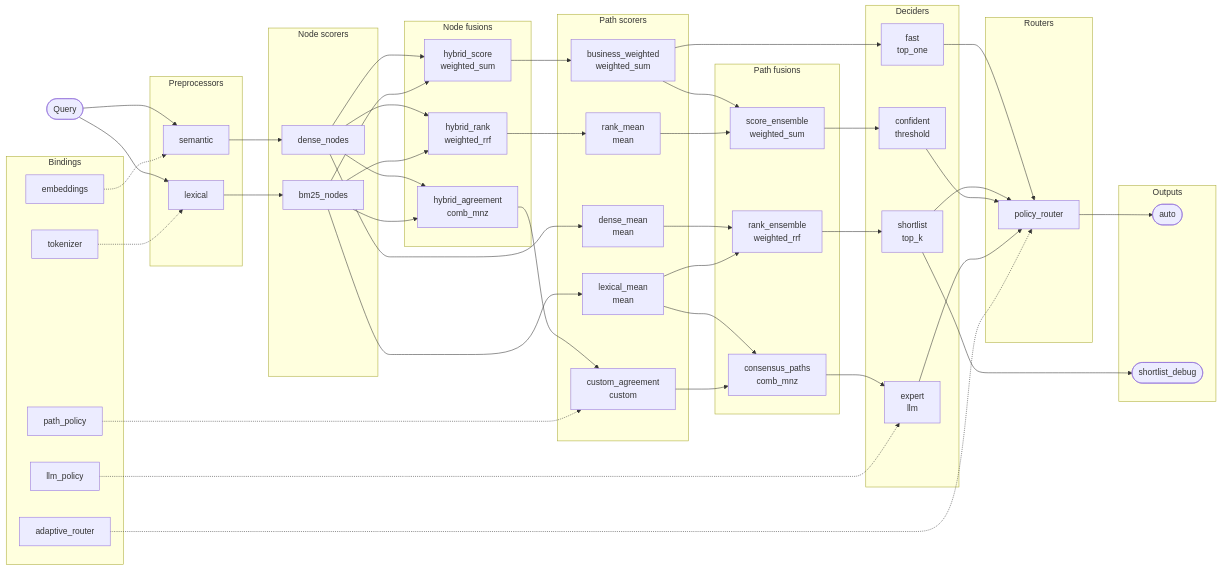
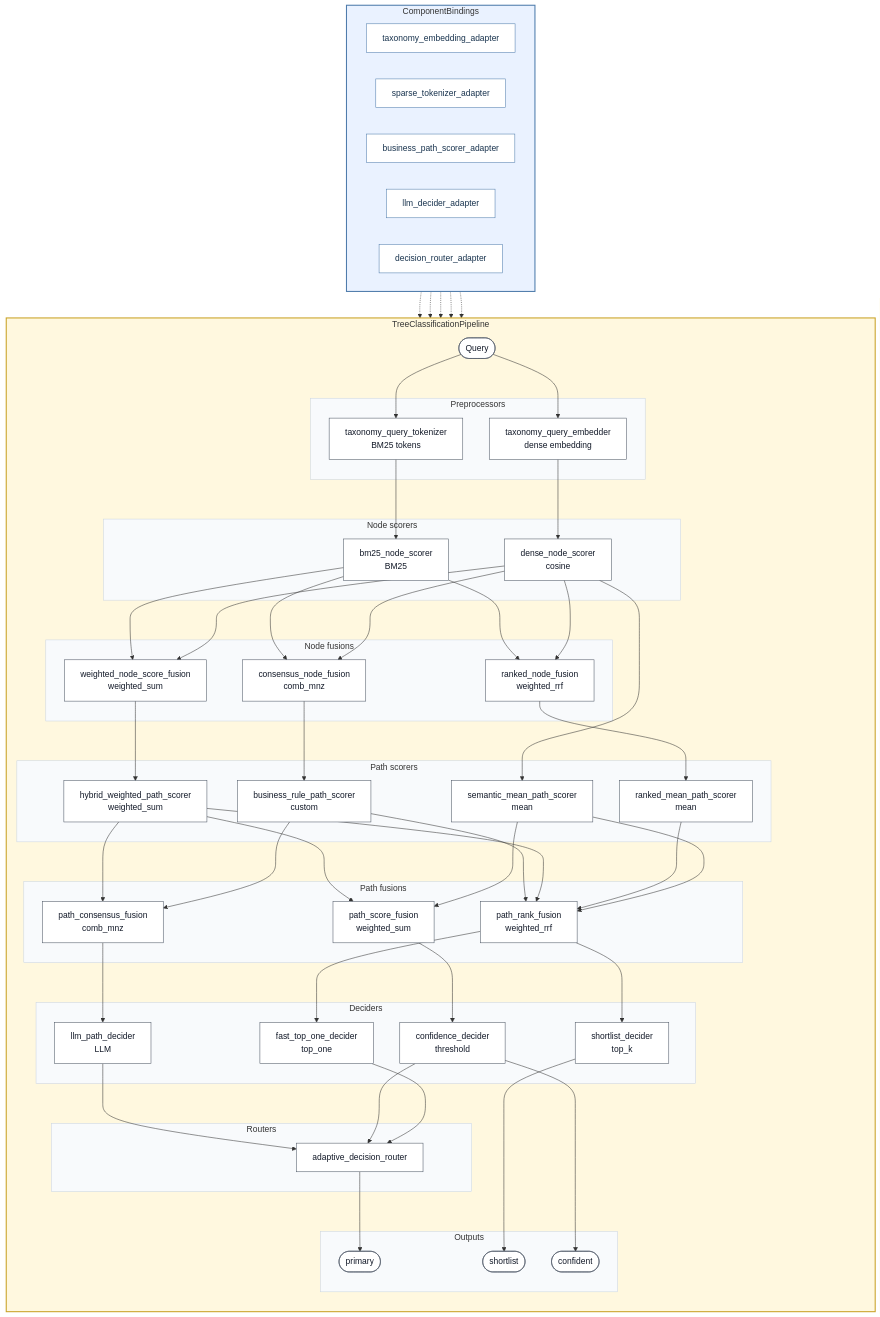
One commit to cristiangofiar/Chunkbuster changed the sixth of 6 diagrams in EXAMPLES.md. Above: the diagram before and after it, drawn with Mermaid. The commit also changed other lines of this file and 12 other files, not shown here.

First line of the commit message:
Add SVG diagram for vector ensemble with LLM and script to render documentation diagrams from YAML examples

````diff
--- a/EXAMPLES.md
+++ b/EXAMPLES.md
@@ -681,93 +824,104 @@
 ```mermaid
-flowchart LR
-    query([Query])
-
-    subgraph preprocessors[Preprocessors]
-        semantic[semantic]
-        lexical[lexical]
+flowchart TB
+    subgraph pipeline["TreeClassificationPipeline"]
+        direction TB
+        query([Query])
+        subgraph preprocessors[Preprocessors]
+            taxonomy_query_embedder["taxonomy_query_embedder<br/>dense embedding"]
+            taxonomy_query_tokenizer["taxonomy_query_tokenizer<br/>BM25 tokens"]
+        end
+        subgraph node_scorers[Node scorers]
+            dense_node_scorer["dense_node_scorer<br/>cosine"]
+            bm25_node_scorer["bm25_node_scorer<br/>BM25"]
+        end
+        subgraph node_fusions[Node fusions]
+            weighted_node_score_fusion["weighted_node_score_fusion<br/>weighted_sum"]
+            ranked_node_fusion["ranked_node_fusion<br/>weighted_rrf"]
+            consensus_node_fusion["consensus_node_fusion<br/>comb_mnz"]
+        end
+        subgraph path_scorers[Path scorers]
+            semantic_mean_path_scorer["semantic_mean_path_scorer<br/>mean"]
+            ranked_mean_path_scorer["ranked_mean_path_scorer<br/>mean"]
+            hybrid_weighted_path_scorer["hybrid_weighted_path_scorer<br/>weighted_sum"]
+            business_rule_path_scorer["business_rule_path_scorer<br/>custom"]
+        end
+        subgraph path_fusions[Path fusions]
+            path_rank_fusion["path_rank_fusion<br/>weighted_rrf"]
+            path_score_fusion["path_score_fusion<br/>weighted_sum"]
+            path_consensus_fusion["path_consensus_fusion<br/>comb_mnz"]
+        end
+        subgraph deciders[Deciders]
+            fast_top_one_decider["fast_top_one_decider<br/>top_one"]
+            shortlist_decider["shortlist_decider<br/>top_k"]
+            confidence_decider["confidence_decider<br/>threshold"]
+            llm_path_decider["llm_path_decider<br/>LLM"]
+        end
+        subgraph routers[Routers]
+            adaptive_decision_router[adaptive_decision_router]
+        end
+        subgraph outputs[Outputs]
+            primary([primary])
+            shortlist([shortlist])
+            confident([confident])
+        end
+        query --> taxonomy_query_embedder --> dense_node_scorer
+        query --> taxonomy_query_tokenizer --> bm25_node_scorer
+        dense_node_scorer --> weighted_node_score_fusion
+        bm25_node_scorer --> weighted_node_score_fusion
+        dense_node_scorer --> ranked_node_fusion
+        bm25_node_scorer --> ranked_node_fusion
+        dense_node_scorer --> consensus_node_fusion
+        bm25_node_scorer --> consensus_node_fusion
+        dense_node_scorer --> semantic_mean_path_scorer
+        ranked_node_fusion --> ranked_mean_path_scorer
+        weighted_node_score_fusion --> hybrid_weighted_path_scorer
+        consensus_node_fusion --> business_rule_path_scorer
+        semantic_mean_path_scorer --> path_rank_fusion
+        ranked_mean_path_scorer --> path_rank_fusion
+        hybrid_weighted_path_scorer --> path_rank_fusion
+        business_rule_path_scorer --> path_rank_fusion
+        semantic_mean_path_scorer --> path_score_fusion
+        hybrid_weighted_path_scorer --> path_score_fusion
+        business_rule_path_scorer --> path_consensus_fusion
+        hybrid_weighted_path_scorer --> path_consensus_fusion
+        path_rank_fusion --> fast_top_one_decider
+        path_rank_fusion --> shortlist_decider
+        path_score_fusion --> confidence_decider
+        path_consensus_fusion --> llm_path_decider
+        fast_top_one_decider --> adaptive_decision_router
+        confidence_decider --> adaptive_decision_router
+        llm_path_decider --> adaptive_decision_router
+        adaptive_decision_router --> primary
+        shortlist_decider --> shortlist
+        confidence_decider --> confident
     end
 
-    subgraph node_scorers[Node scorers]
-        dense_nodes[dense_nodes]
-        bm25_nodes[bm25_nodes]
+    subgraph bindings["ComponentBindings"]
+        direction LR
+        taxonomy_embedding_adapter[taxonomy_embedding_adapter]
+        sparse_tokenizer_adapter[sparse_tokenizer_adapter]
+        business_path_scorer_adapter[business_path_scorer_adapter]
+        llm_decider_adapter[llm_decider_adapter]
+        decision_router_adapter[decision_router_adapter]
     end
+    taxonomy_embedding_adapter -.-> taxonomy_query_embedder
+    sparse_tokenizer_adapter -.-> taxonomy_query_tokenizer
+    business_path_scorer_adapter -.-> business_rule_path_scorer
+    llm_decider_adapter -.-> llm_path_decider
+    decision_router_adapter -.-> adaptive_decision_router
 
-    subgraph node_fusions[Node fusions]
-        hybrid_score["hybrid_score<br/>weighted_sum"]
-        hybrid_rank["hybrid_rank<br/>weighted_rrf"]
-        hybrid_agreement["hybrid_agreement<br/>comb_mnz"]
-    end
-
-    subgraph path_scorers[Path scorers]
-        dense_mean["dense_mean<br/>mean"]
-        lexical_mean["lexical_mean<br/>mean"]
-        business_weighted["business_weighted<br/>weighted_sum"]
-        rank_mean["rank_mean<br/>mean"]
-        custom_agreement["custom_agreement<br/>custom"]
-    end
-
-    subgraph path_fusions[Path fusions]
-        rank_ensemble["rank_ensemble<br/>weighted_rrf"]
-        score_ensemble["score_ensemble<br/>weighted_sum"]
-        consensus_paths["consensus_paths<br/>comb_mnz"]
-    end
-
-    subgraph deciders[Deciders]
-        fast["fast<br/>top_one"]
-        shortlist["shortlist<br/>top_k"]
-        confident["confident<br/>threshold"]
-        expert["expert<br/>llm"]
-    end
-
-    subgraph routers[Routers]
-        policy_router[policy_router]
-    end
-
-    subgraph outputs[Outputs]
-        auto([auto])
-        shortlist_debug([shortlist_debug])
-    end
-
-    subgraph bindings[Bindings]
-        embeddings[embeddings]
-        tokenizer[tokenizer]
-        path_policy[path_policy]
-        llm_policy[llm_policy]
-        adaptive_router[adaptive_router]
-    end
-
-    query --> semantic --> dense_nodes
-    query --> lexical --> bm25_nodes
-    dense_nodes --> hybrid_score
-    bm25_nodes --> hybrid_score
-    dense_nodes --> hybrid_rank
-    bm25_nodes --> hybrid_rank
-    dense_nodes --> hybrid_agreement
-    bm25_nodes --> hybrid_agreement
-    dense_nodes --> dense_mean
-    bm25_nodes --> lexical_mean
-    hybrid_score --> business_weighted
-    hybrid_rank --> rank_mean
-    hybrid_agreement --> custom_agreement
-    dense_mean --> rank_ensemble
-    lexical_mean --> rank_ensemble
-    business_weighted --> score_ensemble
-    rank_mean --> score_ensemble
-    lexical_mean --> consensus_paths
-    custom_agreement --> consensus_paths
-    business_weighted --> fast
-    rank_ensemble --> shortlist
-    score_ensemble --> confident
-    consensus_paths --> expert
-    fast --> policy_router
-    shortlist --> policy_router
-    confident --> policy_router
-    expert --> policy_router
-    policy_router --> auto
-    shortlist --> shortlist_debug
-    embeddings -.-> semantic
-    tokenizer -.-> lexical
-    path_policy -.-> custom_agreement
-    llm_policy -.-> expert
-    adaptive_router -.-> policy_router
+    classDef node fill:#ffffff,stroke:#4b5563,color:#111827
+    classDef adapter fill:#ffffff,stroke:#4f7cac,color:#17324d
+    class query,taxonomy_query_embedder,taxonomy_query_tokenizer,dense_node_scorer,bm25_node_scorer,weighted_node_score_fusion,ranked_node_fusion,consensus_node_fusion,semantic_mean_path_scorer,ranked_mean_path_scorer,hybrid_weighted_path_scorer,business_rule_path_scorer,path_rank_fusion,path_score_fusion,path_consensus_fusion,fast_top_one_decider,shortlist_decider,confidence_decider,llm_path_decider,adaptive_decision_router,primary,shortlist,confident node
+    class taxonomy_embedding_adapter,sparse_tokenizer_adapter,business_path_scorer_adapter,llm_decider_adapter,decision_router_adapter adapter
+    style pipeline fill:#fff8df,stroke:#c9a227,stroke-width:2px
+    style bindings fill:#eaf2ff,stroke:#4f7cac,stroke-width:2px
+    style preprocessors fill:#f8fafc,stroke:#cbd5e1
+    style node_scorers fill:#f8fafc,stroke:#cbd5e1
+    style node_fusions fill:#f8fafc,stroke:#cbd5e1
+    style path_scorers fill:#f8fafc,stroke:#cbd5e1
+    style path_fusions fill:#f8fafc,stroke:#cbd5e1
+    style deciders fill:#f8fafc,stroke:#cbd5e1
+    style routers fill:#f8fafc,stroke:#cbd5e1
+    style outputs fill:#f8fafc,stroke:#cbd5e1
 ```
````
